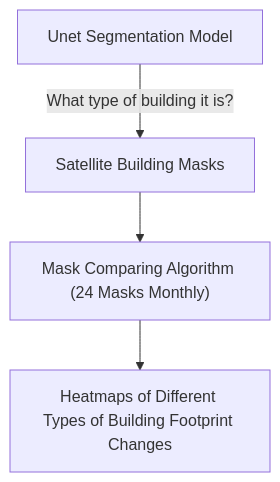
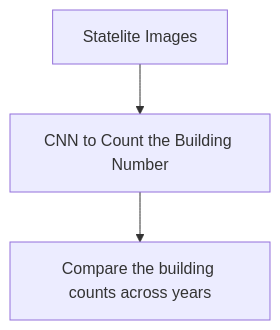
The second of 2 diagrams in reports/preliminary-report.md (Zheng-Zhen/musa650-final), drawn with Mermaid before and after one commit. The commit also changed 1 other file, not shown here.

Commit message:
update mermaid graphs

````diff
--- a/reports/preliminary-report.md
+++ b/reports/preliminary-report.md
@@ -30,8 +30,7 @@
 ```mermaid
 graph TB
-1[Unet Segmentation Model]
-2[Satellite Building Masks]
-3["Mask Comparing Algorithm (24 Masks Monthly)"]
-4[Heatmaps of Different Types of Building Footprint Changes]
-1 --> |"What type of building it is?"|2 --> 3 --> 4
+0[Statelite Images]
+1[CNN to Count the Building Number]
+2[Compare the building counts across years]
+0 --> 1 --> 2
 ```
````
